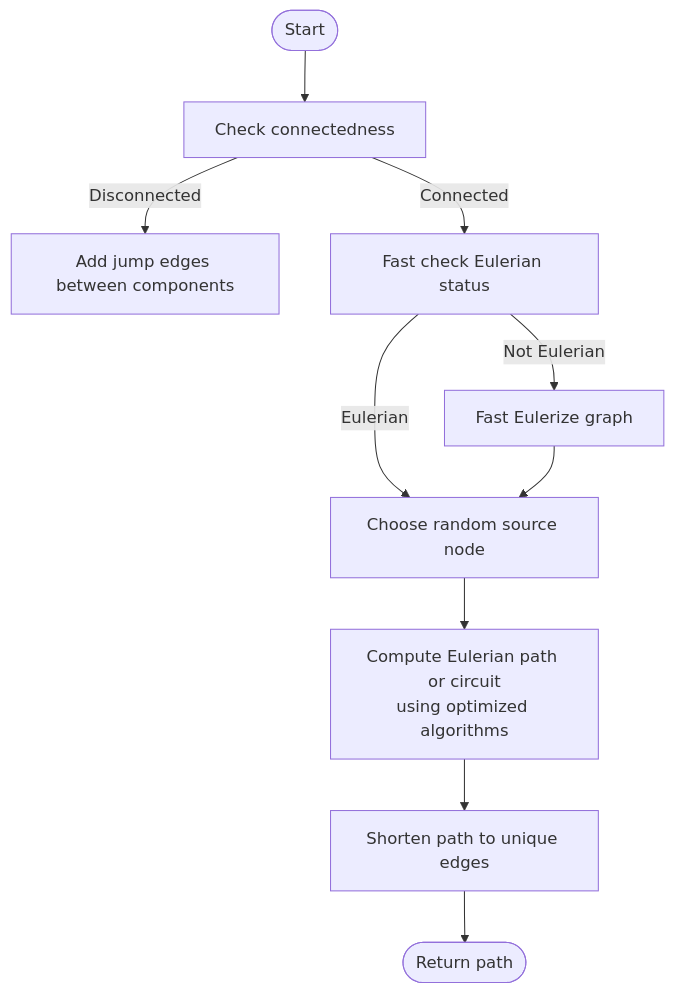
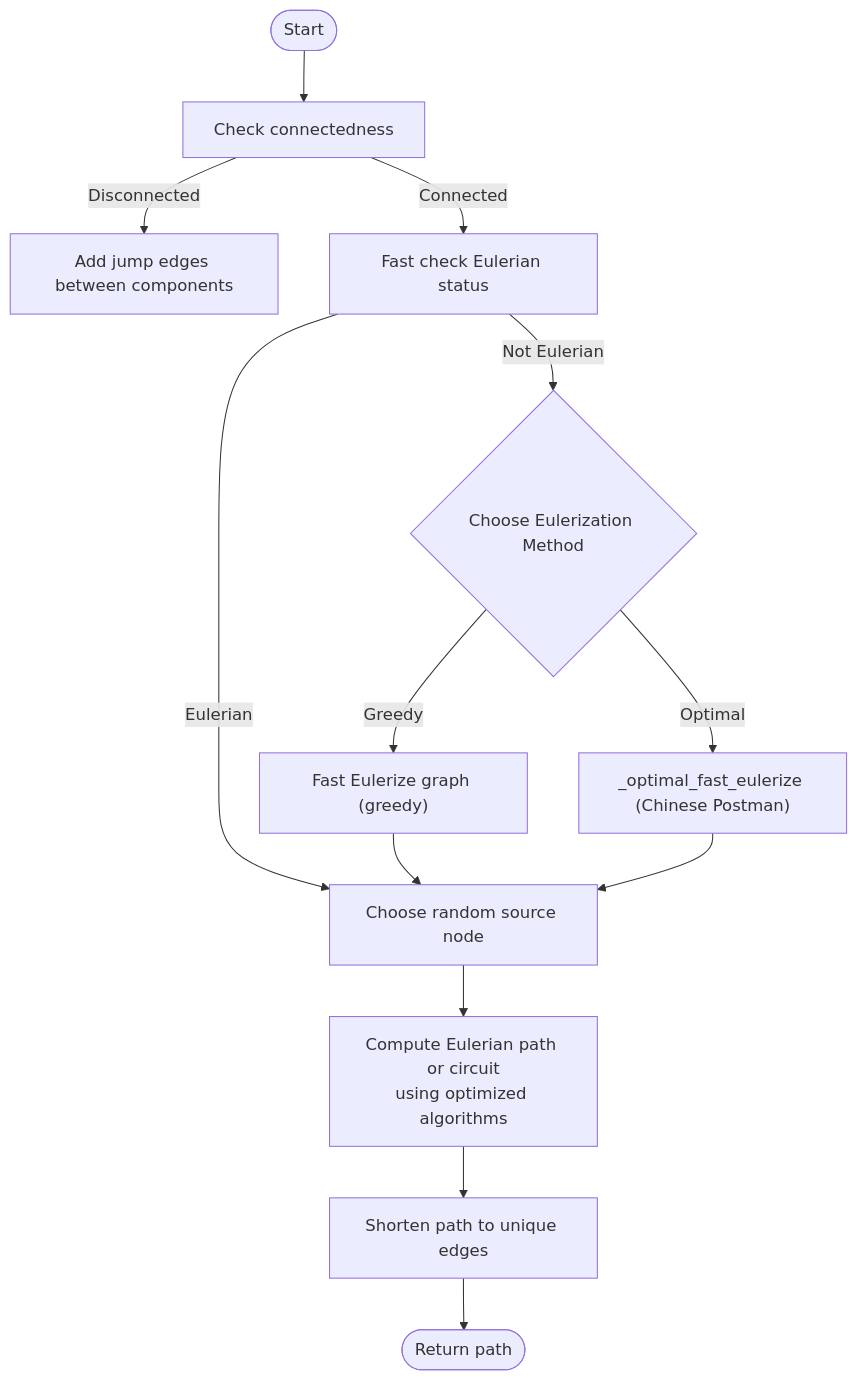
Before and after one commit to alibaba/graph-gpt: the third of 6 diagrams in .qoder/repowiki/en/content/Tokenization System/Eulerian Path Conversion.md, drawn with Mermaid. The commit also changed other lines of this file and 2 other files, not shown here.

````diff
--- a/.qoder/repowiki/en/content/Tokenization System/Eulerian Path Conversion.md
+++ b/.qoder/repowiki/en/content/Tokenization System/Eulerian Path Conversion.md
@@ -177,12 +180,15 @@
 ```mermaid
 flowchart TD
 Start(["Start"]) --> CheckConn["Check connectedness"]
 CheckConn --> |Disconnected| Connect["Add jump edges between components"]
 CheckConn --> |Connected| FastCheck["Fast check Eulerian status"]
-FastCheck --> |Not Eulerian| FastEulerize["Fast Eulerize graph"]
+FastCheck --> |Not Eulerian| ChooseEulerize{"Choose Eulerization Method"}
+ChooseEulerize --> |Greedy| FastEulerize["Fast Eulerize graph (greedy)"]
+ChooseEulerize --> |Optimal| OptimalEulerize["_optimal_fast_eulerize (Chinese Postman)"]
 FastCheck --> |Eulerian| ChooseSrc["Choose random source node"]
 FastEulerize --> ChooseSrc
+OptimalEulerize --> ChooseSrc
 ChooseSrc --> FastTraverse["Compute Eulerian path or circuit<br/>using optimized algorithms"]
 FastTraverse --> Shorten["Shorten path to unique edges"]
 Shorten --> Out(["Return path"])
 ```
````
